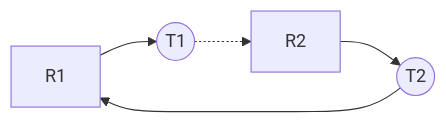
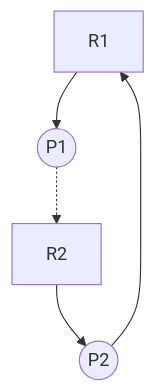
Before and after one commit to 1chooo/os-101: the third of 3 diagrams in materials/08-deadlocks/README.md, drawn with Mermaid. The commit also changed other lines of this file and 10 other files, not shown here.

````diff
--- a/materials/08-deadlocks/README.md
+++ b/materials/08-deadlocks/README.md
@@ -220,7 +380,12 @@
 ```mermaid
-graph LR
-    R1 --> T1;
-    T2((T2)) --> R1;
-    T1((T1)) -.-> R2;
-    R2 --> T2((T2));
+graph TB
+    A[R1]
+    B((P1))
+    C((P2))
+    D[R2]
+
+    A --> B
+    D --> C
+    C --> A
+    B -.-> D
 ```
````
